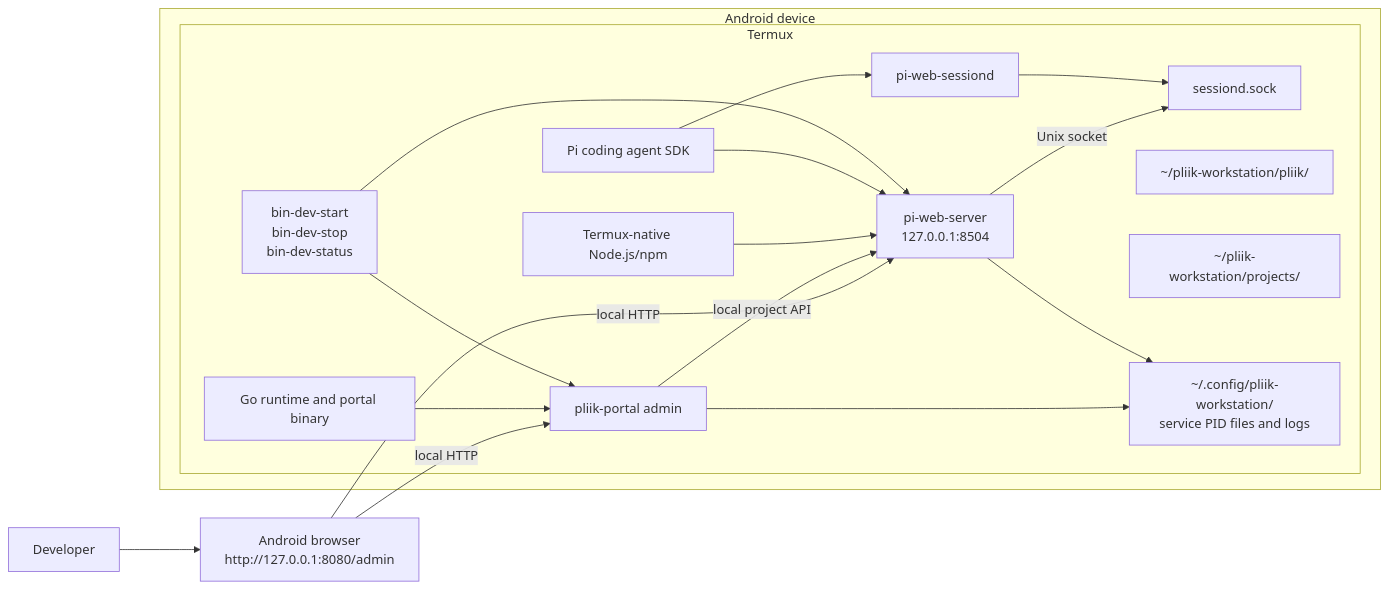
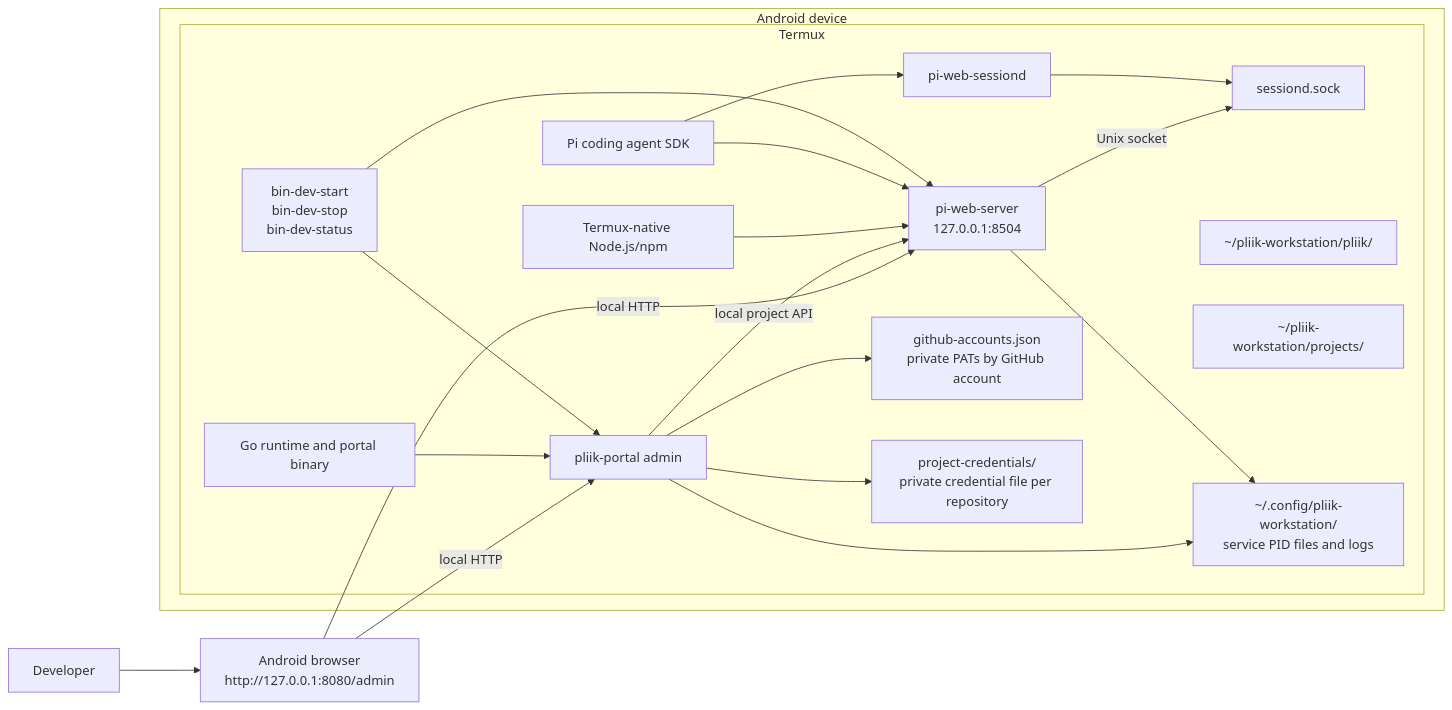
The first of 2 diagrams in ARCHITECTURE.md (mutualendemic/pliik), drawn with Mermaid before and after one commit. The commit also changed other lines of this file and 6 other files, not shown here.

Commit message:
Support multiple GitHub PATs in portal

````diff
--- a/ARCHITECTURE.md
+++ b/ARCHITECTURE.md
@@ -7,34 +7,38 @@
 ```mermaid
 flowchart LR
     User[Developer] --> Browser[Android browser\nhttp://127.0.0.1:8080/admin]
     Browser -->|local HTTP| Portal[pliik-portal admin]
     Browser -->|local HTTP| PiWeb[pi-web-server\n127.0.0.1:8504]
     Portal -->|local project API| PiWeb
     PiWeb -->|Unix socket| Socket[sessiond.sock]
 
     subgraph Android[Android device]
         subgraph Termux[Termux]
             PiWeb
             Portal
             SessionDaemon[pi-web-sessiond]
             Socket
             TermuxRuntime[Termux-native Node.js/npm]
             Go[Go runtime and portal binary]
             SDK[Pi coding agent SDK]
             Repos["~/pliik-workstation/pliik/"]
             Projects["~/pliik-workstation/projects/"]
             Helpers["bin-dev-start\nbin-dev-stop\nbin-dev-status"]
             Config["~/.config/pliik-workstation/\nservice PID files and logs"]
+            Accounts["github-accounts.json\nprivate PATs by GitHub account"]
+            ProjectCredentials["project-credentials/\nprivate credential file per repository"]
         end
     end
 
     TermuxRuntime --> PiWeb
     Go --> Portal
     SessionDaemon --> Socket
     SDK --> PiWeb
     SDK --> SessionDaemon
     Helpers --> PiWeb
     Helpers --> Portal
     Portal --> Config
+    Portal --> Accounts
+    Portal --> ProjectCredentials
     PiWeb --> Config
 ```
````
